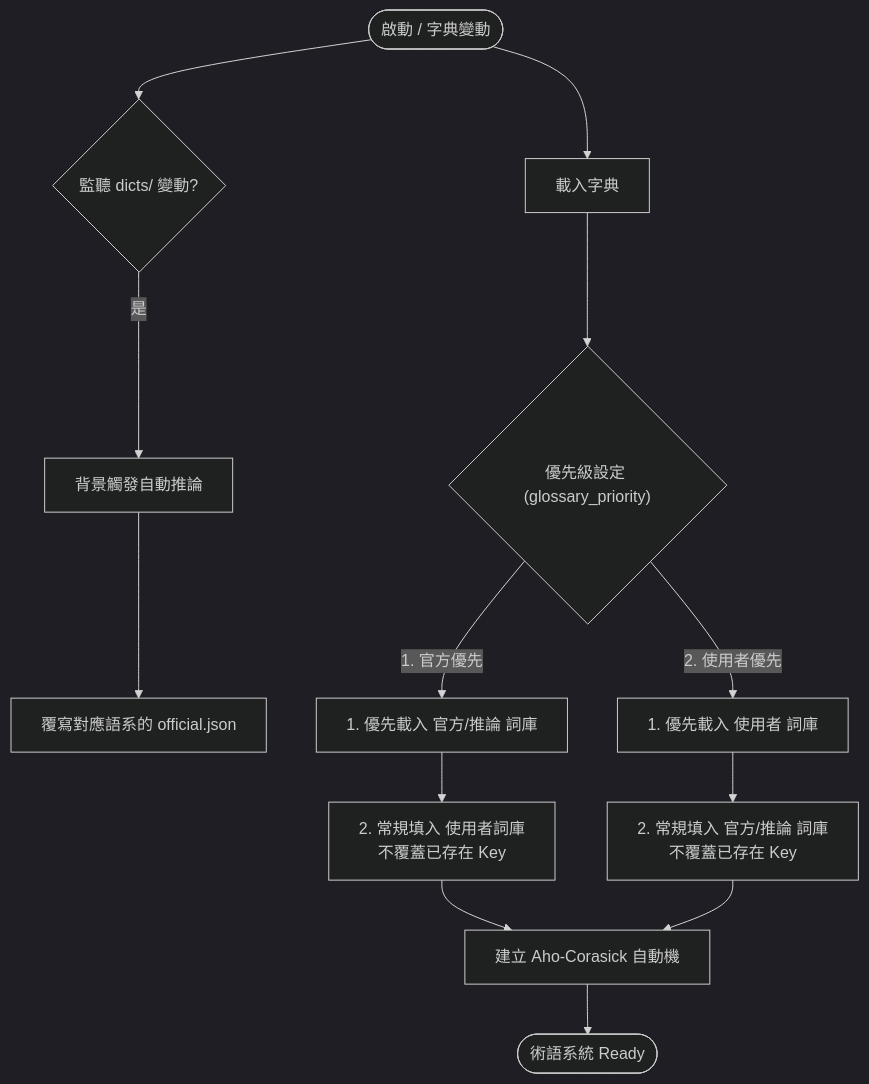
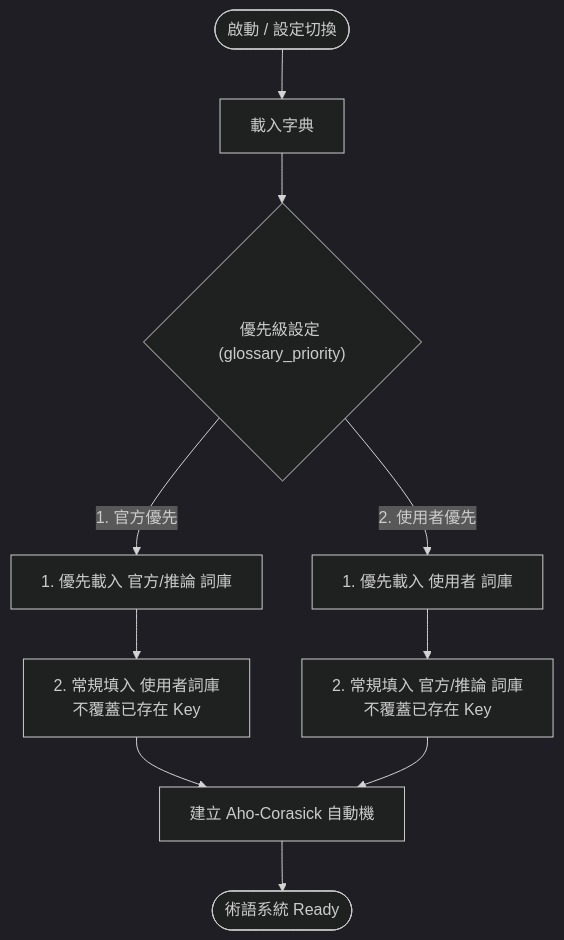
The first of 2 diagrams in docs/modules/glossary_system.md (mn12345678910/mc_translator), drawn with Mermaid (dark theme) before and after one commit. The commit also changed other lines of this file and 5 other files, not shown here.

````diff
--- a/docs/modules/glossary_system.md
+++ b/docs/modules/glossary_system.md
@@ -36,16 +37,14 @@
 ```mermaid
 graph TD
-    Start([啟動 / 字典變動]) --> CheckMonitor{"監聽 dicts/ 變動?"}
-    CheckMonitor -- 是 --> ReInference[背景觸發自動推論] --> SaveOfficial[覆寫對應語系的 official.json]
-    
-    Start --> Load[載入字典]
+    Start([啟動 / 設定切換]) --> Load[載入字典]
     Load --> CheckPriority{"優先級設定 (glossary_priority)"}
     
     CheckPriority -- 1. 官方優先 --> OfficialFirst["1. 優先載入 官方/推論 詞庫"] --> FillUser["2. 常規填入 使用者詞庫<br/>不覆蓋已存在 Key"]
     CheckPriority -- 2. 使用者優先 --> UserFirst["1. 優先載入 使用者 詞庫"] --> FillOfficial["2. 常規填入 官方/推論 詞庫<br/>不覆蓋已存在 Key"]
+
     
     FillUser --> BuildAho[建立 Aho-Corasick 自動機]
     FillOfficial --> BuildAho
     
     BuildAho --> End([術語系統 Ready])
 ```
````
